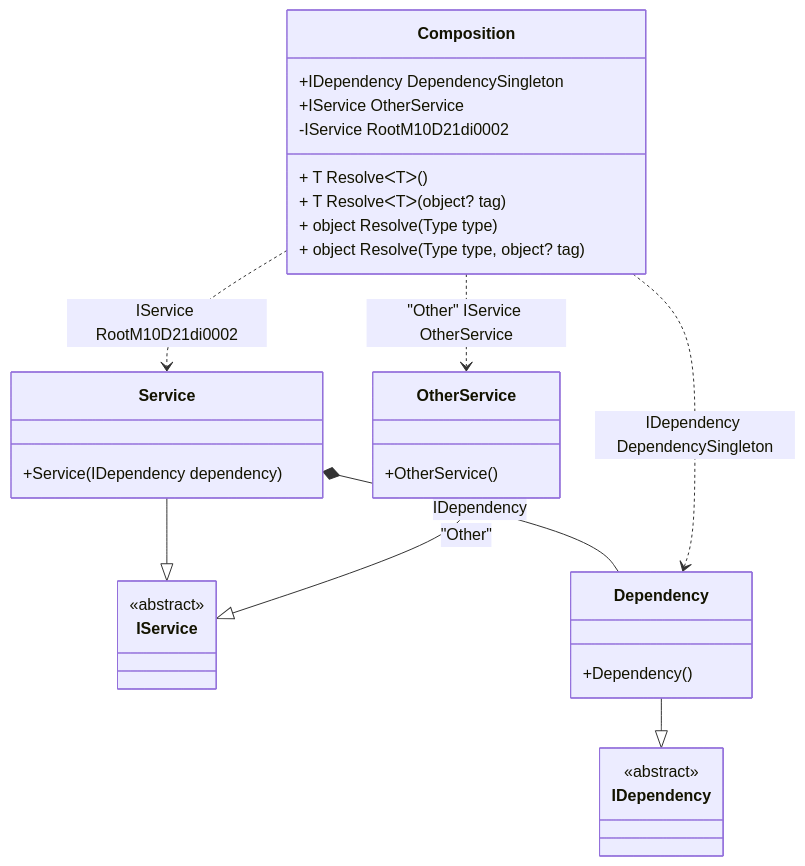
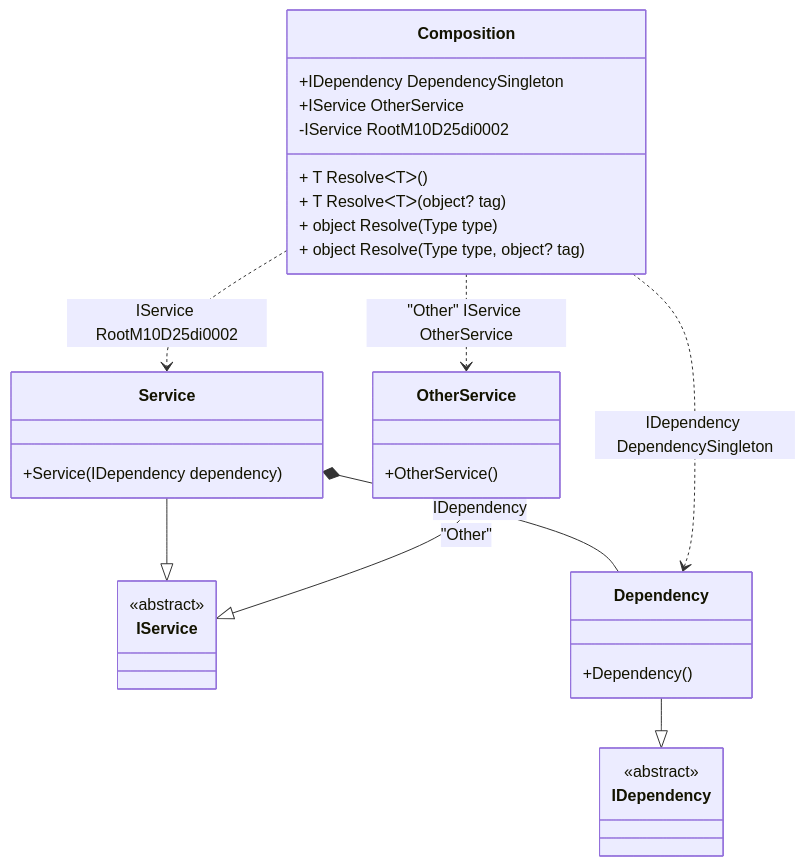
The diagram in readme/resolve-methods.md (DevTeam/Pure.DI), drawn with Mermaid before and after one commit. The commit also changed other lines of this file and 72 other files, not shown here.

````diff
--- a/readme/resolve-methods.md
+++ b/readme/resolve-methods.md
@@ -47,34 +47,34 @@
 ```mermaid
 classDiagram
   class Composition {
     +IDependency DependencySingleton
     +IService OtherService
-    -IService RootM10D21di0002
+    -IService RootM10D25di0002
     + T ResolveᐸTᐳ()
     + T ResolveᐸTᐳ(object? tag)
     + object Resolve(Type type)
     + object Resolve(Type type, object? tag)
   }
   Service --|> IService : 
   class Service {
     +Service(IDependency dependency)
   }
   Dependency --|> IDependency : 
   class Dependency {
     +Dependency()
   }
   OtherService --|> IService : "Other" 
   class OtherService {
     +OtherService()
   }
   class IService {
     <<abstract>>
   }
   class IDependency {
     <<abstract>>
   }
   Service *--  Dependency : IDependency
   Composition ..> Dependency : IDependency DependencySingleton
-  Composition ..> Service : IService RootM10D21di0002
+  Composition ..> Service : IService RootM10D25di0002
   Composition ..> OtherService : "Other" IService OtherService
 ```
````
